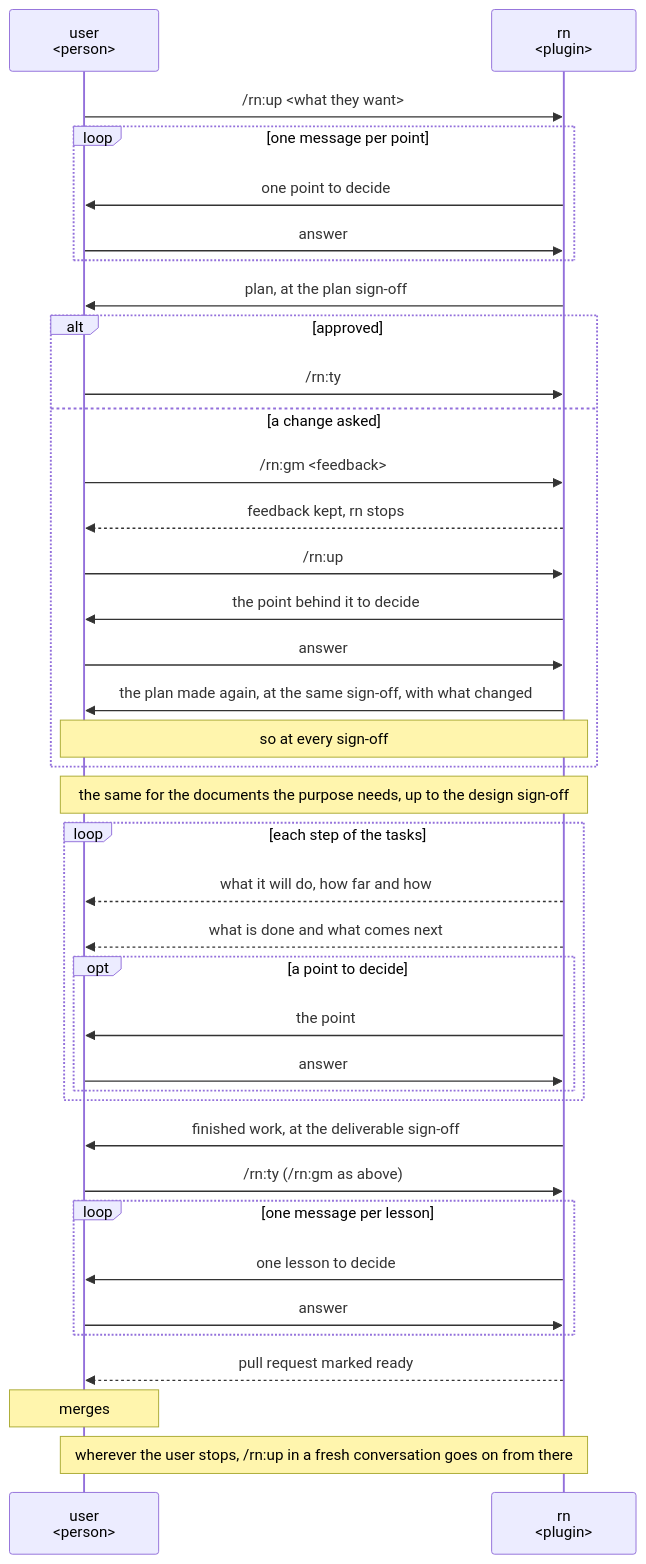
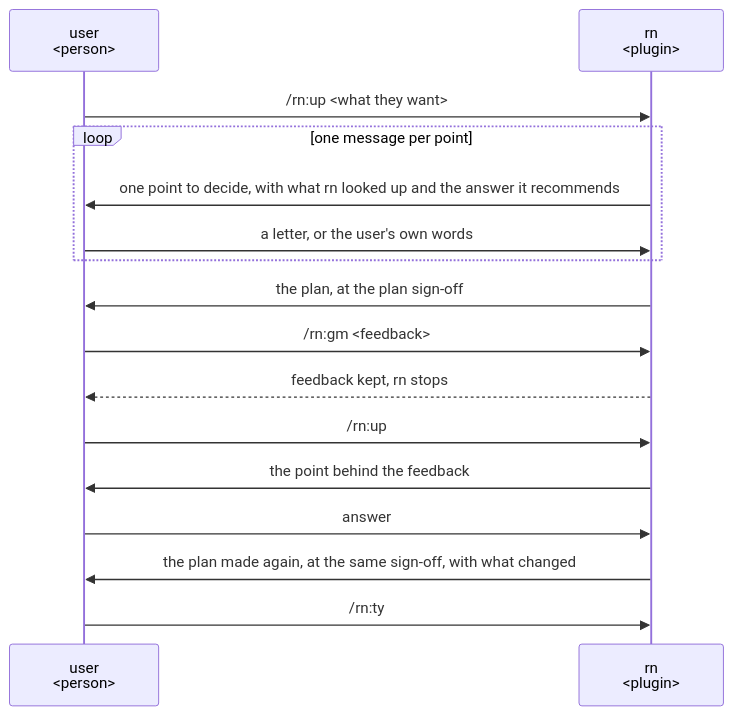
The second of 5 diagrams in dev/rn/ux.md (lovaizu/ccpm), drawn with Mermaid before and after one commit. The commit also changed other lines of this file and 3 other files, not shown here.

````diff
--- a/dev/rn/ux.md
+++ b/dev/rn/ux.md
@@ -55,40 +94,18 @@
 ```mermaid
 sequenceDiagram
   participant U as user<br/>#lt;person#gt;
   participant R as rn<br/>#lt;plugin#gt;
   U->>R: /rn:up #lt;what they want#gt;
   loop one message per point
-    R->>U: one point to decide
-    U->>R: answer
+    R->>U: one point to decide, with what rn looked up and the answer it recommends
+    U->>R: a letter, or the user's own words
   end
-  R->>U: plan, at the plan sign-off
-  alt approved
-    U->>R: /rn:ty
-  else a change asked
-    U->>R: /rn:gm #lt;feedback#gt;
-    R-->>U: feedback kept, rn stops
-    U->>R: /rn:up
-    R->>U: the point behind it to decide
-    U->>R: answer
-    R->>U: the plan made again, at the same sign-off, with what changed
-    Note over U,R: so at every sign-off
-  end
-  Note over U,R: the same for the documents the purpose needs, up to the design sign-off
-  loop each step of the tasks
-    R-->>U: what it will do, how far and how
-    R-->>U: what is done and what comes next
-    opt a point to decide
-      R->>U: the point
-      U->>R: answer
-    end
-  end
-  R->>U: finished work, at the deliverable sign-off
-  U->>R: /rn:ty (/rn:gm as above)
-  loop one message per lesson
-    R->>U: one lesson to decide
-    U->>R: answer
-  end
-  R-->>U: pull request marked ready
-  Note over U: merges
-  Note over U,R: wherever the user stops, /rn:up in a fresh conversation goes on from there
+  R->>U: the plan, at the plan sign-off
+  U->>R: /rn:gm #lt;feedback#gt;
+  R-->>U: feedback kept, rn stops
+  U->>R: /rn:up
+  R->>U: the point behind the feedback
+  U->>R: answer
+  R->>U: the plan made again, at the same sign-off, with what changed
+  U->>R: /rn:ty
 ```
````
